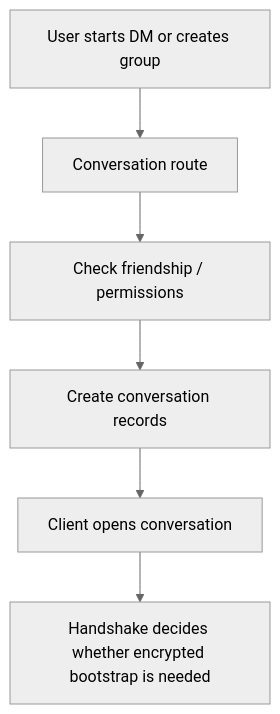
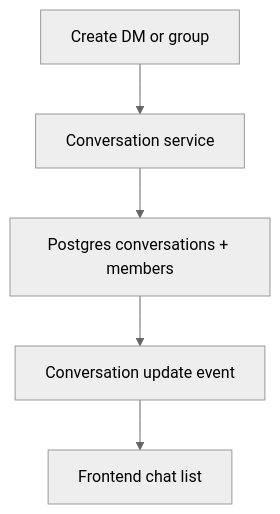
One commit to voidjack233/VOIDCHATS-NOTE2EE changed the fifth of 9 diagrams in VOID0000-www/docs/project-flow-map.md. Above: the diagram before and after it, drawn with Mermaid (neutral theme). The commit also changed other lines of this file and 497 other files, not shown here.

````diff
--- a/VOID0000-www/docs/project-flow-map.md
+++ b/VOID0000-www/docs/project-flow-map.md
@@ -254,8 +163,7 @@
 ```mermaid
 flowchart TD
-  A[User starts DM or creates group] --> B[Conversation route]
-  B --> C[Check friendship / permissions]
-  C --> D[Create conversation records]
-  D --> E[Client opens conversation]
-  E --> F[Handshake decides whether encrypted bootstrap is needed]
+  A[Create DM or group] --> B[Conversation service]
+  B --> C[Postgres conversations + members]
+  C --> D[Conversation update event]
+  D --> E[Frontend chat list]
 ```
````
